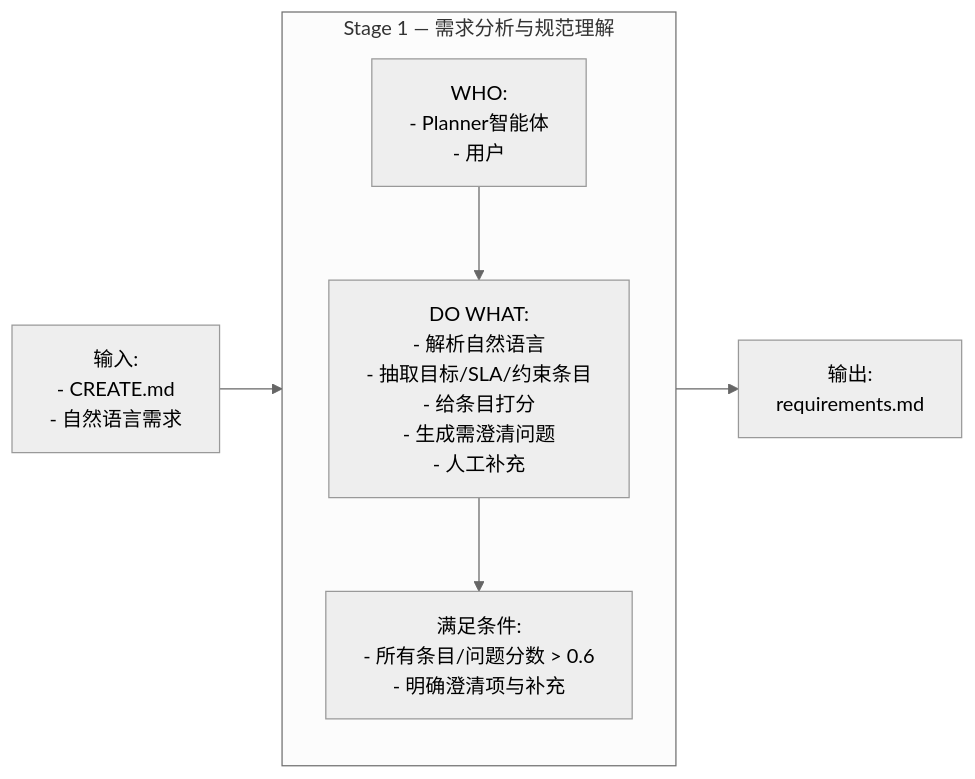
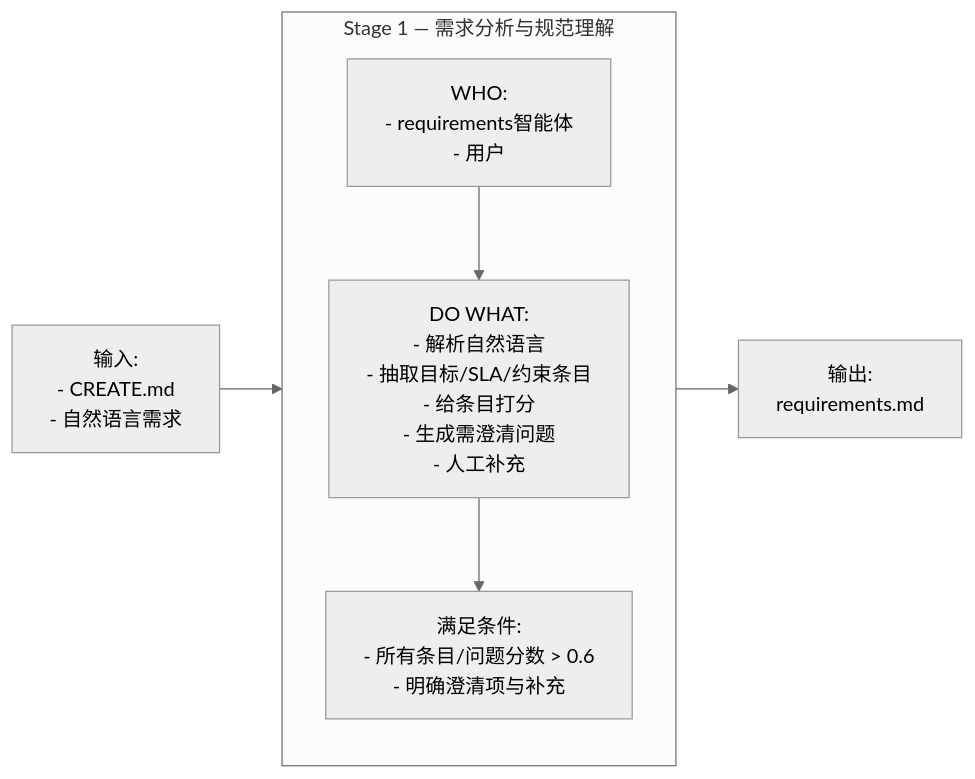
The second of 16 diagrams in README.md (ouyangshixiong/context-engineering-zh), drawn with Mermaid (neutral theme) before and after one commit. The commit also changed other lines of this file, not shown here.

````diff
--- a/README.md
+++ b/README.md
@@ -127,32 +128,32 @@
 ```mermaid
 flowchart LR
 
     %% ================= Stage 1 =================
     I1["输入:
     - CREATE.md
     - 自然语言需求"]
 
     O1["输出:
     requirements.md"]
 
     subgraph S1["Stage 1 — 需求分析与规范理解"]
         W1["WHO:
-        - Planner智能体
+        - requirements智能体
         - 用户"]
 
         A1["DO WHAT:
         - 解析自然语言
         - 抽取目标/SLA/约束条目
         - 给条目打分
         - 生成需澄清问题
         - 人工补充"]
 
         V1["满足条件:
         - 所有条目/问题分数 > 0.6
         - 明确澄清项与补充"]
         
         W1 --> A1 --> V1
     end
 
     I1 --> S1 --> O1
 ```
````
